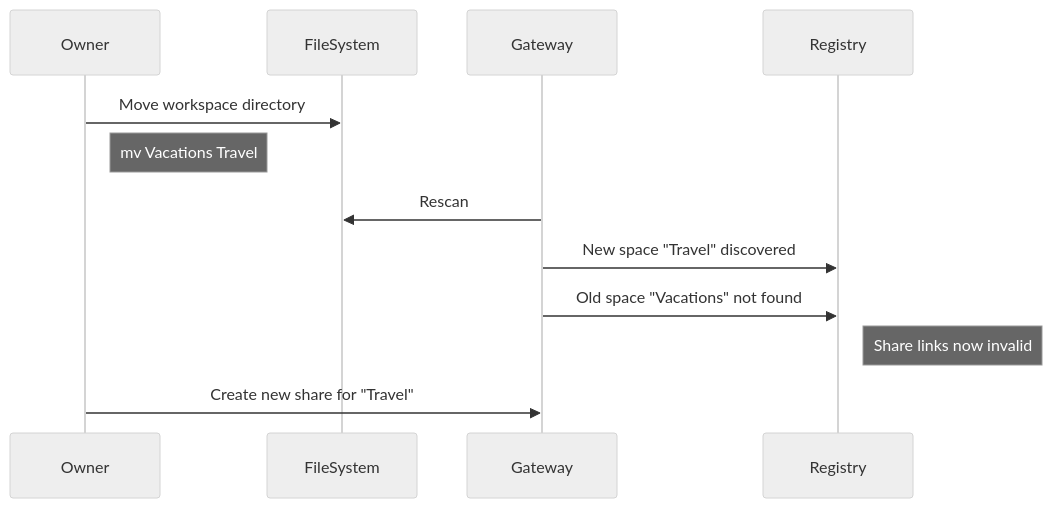
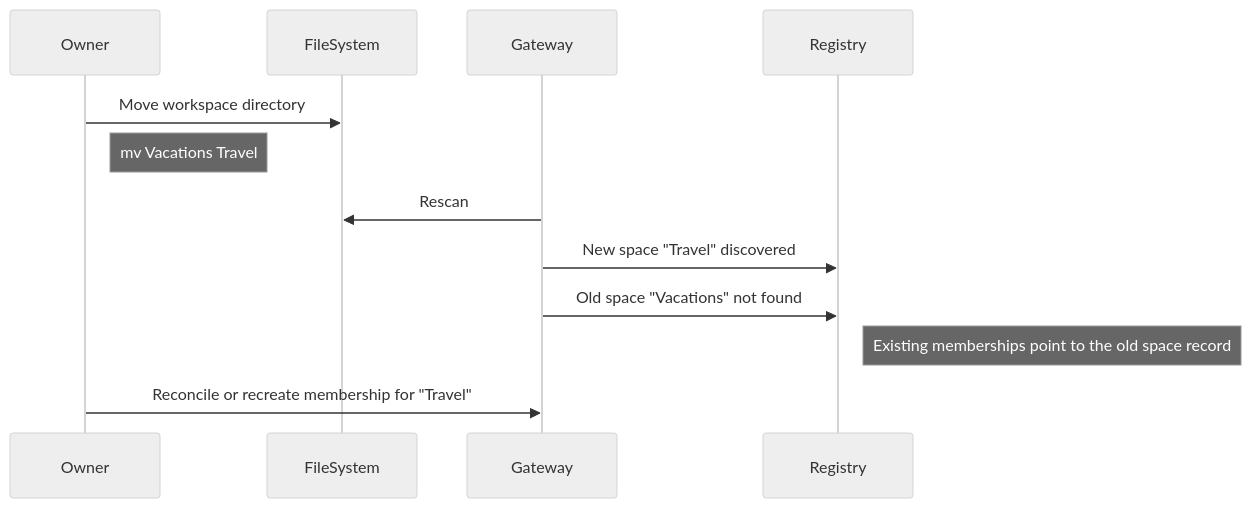
The sixth of 6 diagrams in docs/flows/01-create-space.md (jchadwick/ai-spaces), drawn with Mermaid (neutral theme) before and after one commit. The commit also changed other lines of this file and 21 other files, not shown here.

````diff
--- a/docs/flows/01-create-space.md
+++ b/docs/flows/01-create-space.md
@@ -109,15 +109,15 @@
 ```mermaid
 sequenceDiagram
     participant Owner
     participant FileSystem
     participant Gateway
     participant Registry
     
     Owner->>FileSystem: Move workspace directory
     Note right of Owner: mv Vacations Travel
     Gateway->>FileSystem: Rescan
     Gateway->>Registry: New space "Travel" discovered
     Gateway->>Registry: Old space "Vacations" not found
-    Note right of Registry: Share links now invalid
-    Owner->>Gateway: Create new share for "Travel"
+    Note right of Registry: Existing memberships point to the old space record
+    Owner->>Gateway: Reconcile or recreate membership for "Travel"
 ```
````
